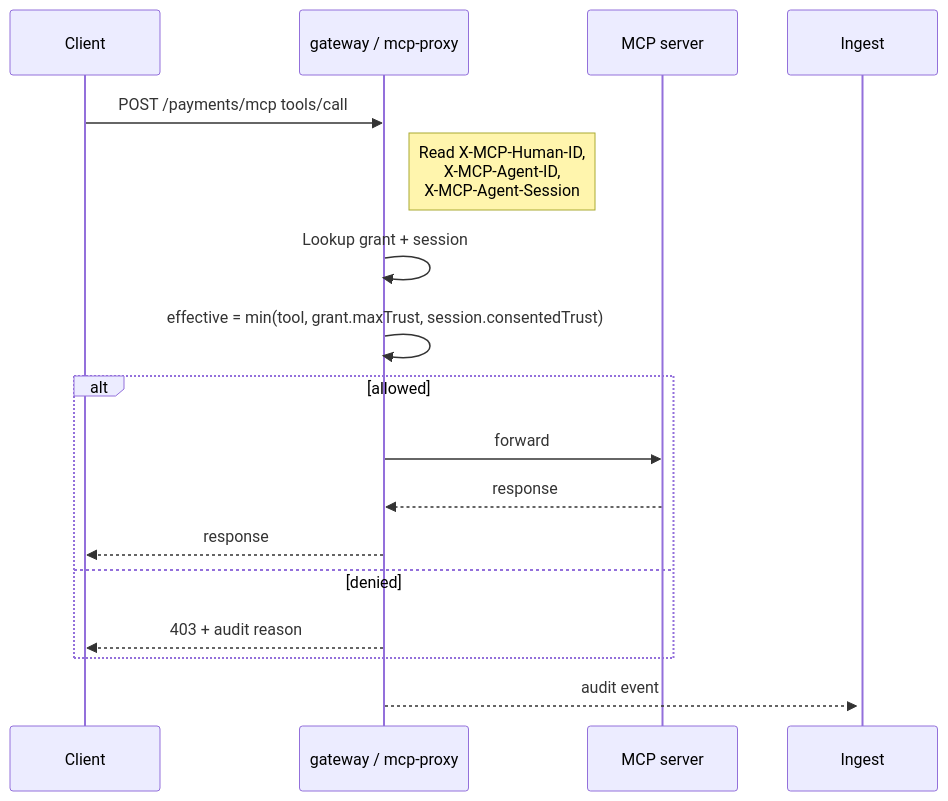
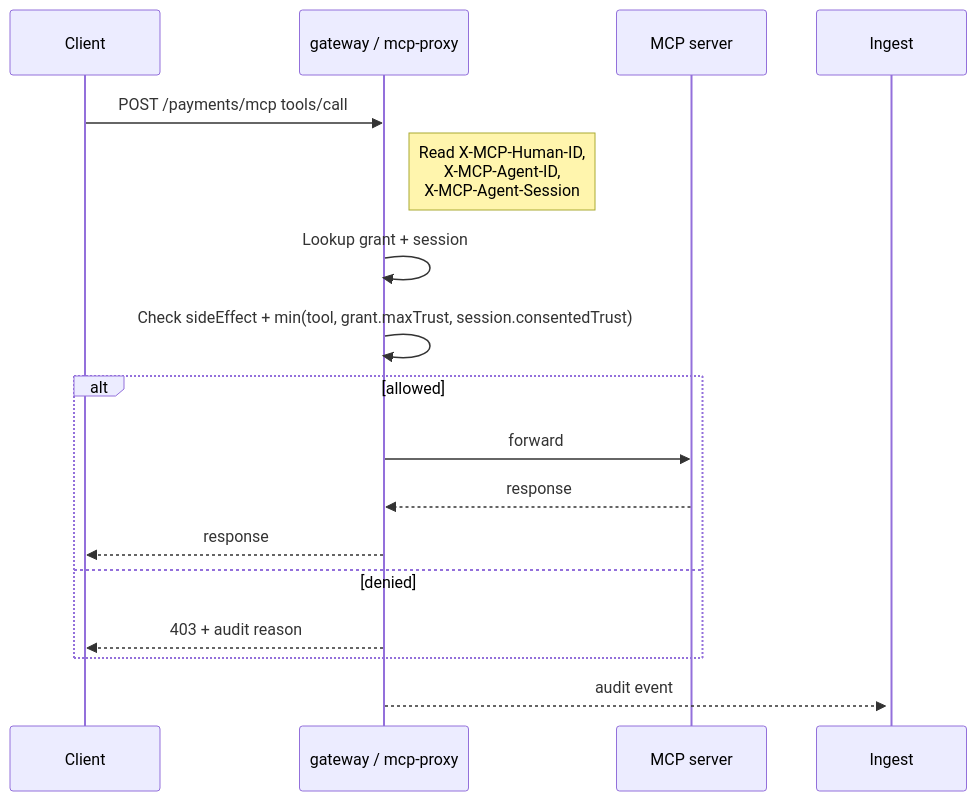
Before and after one commit to Agent-Hellboy/mcp-runtime: the second of 2 diagrams in docs/api.md, drawn with Mermaid. The commit also changed other lines of this file and 40 other files, not shown here.

Commit message:
feat(policy): add side-effect axis

````diff
--- a/docs/api.md
+++ b/docs/api.md
@@ -201,18 +211,18 @@
 ```mermaid
 sequenceDiagram
     participant Client
     participant Gateway as gateway / mcp-proxy
     participant Server as MCP server
     Client->>Gateway: POST /payments/mcp tools/call
     Note right of Gateway: Read X-MCP-Human-ID,<br/>X-MCP-Agent-ID,<br/>X-MCP-Agent-Session
     Gateway->>Gateway: Lookup grant + session
-    Gateway->>Gateway: effective = min(tool, grant.maxTrust, session.consentedTrust)
+    Gateway->>Gateway: Check sideEffect + min(tool, grant.maxTrust, session.consentedTrust)
     alt allowed
         Gateway->>Server: forward
         Server-->>Gateway: response
         Gateway-->>Client: response
     else denied
         Gateway-->>Client: 403 + audit reason
     end
     Gateway-->>+Ingest: audit event
 ```
````
